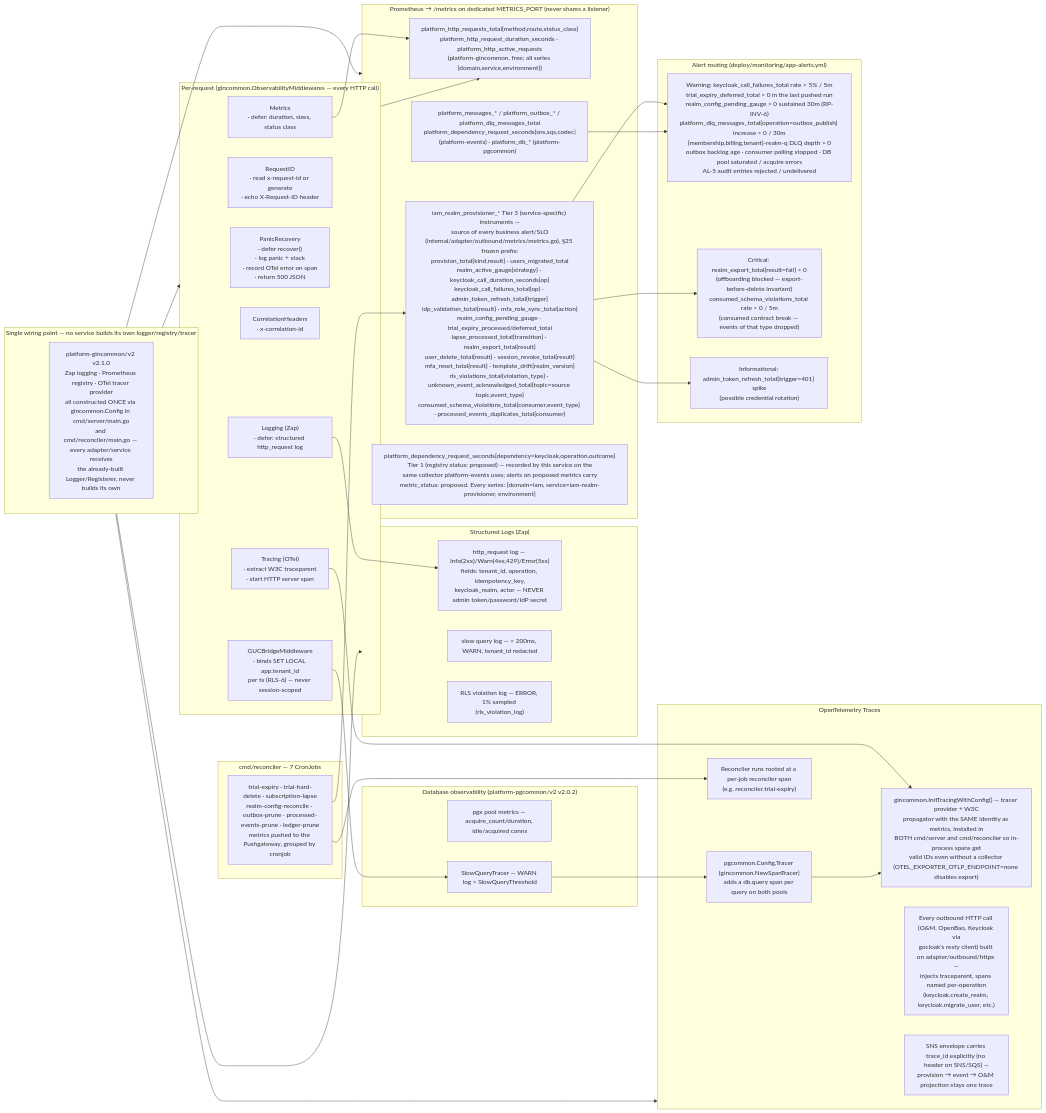
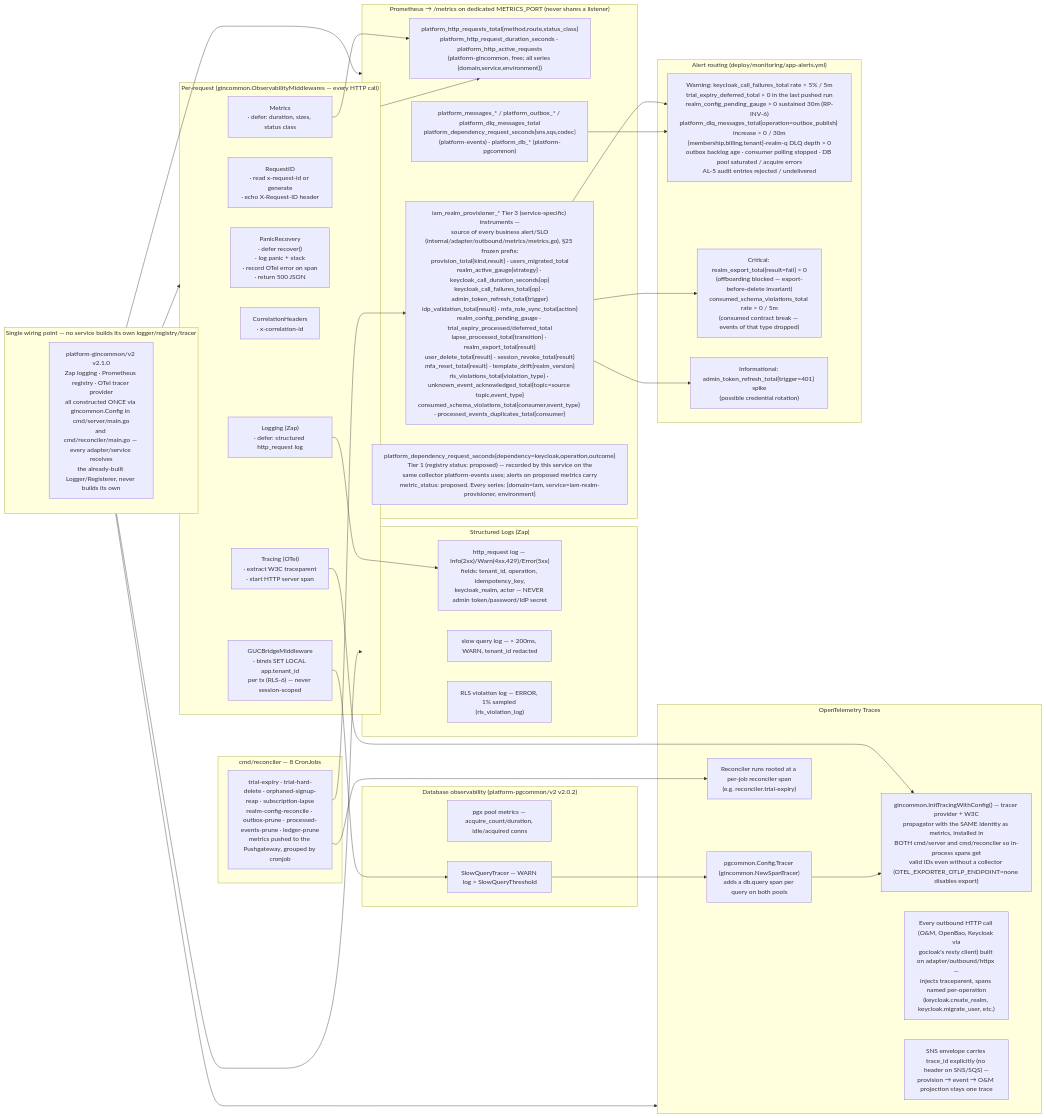
The diagram in docs/architecture/mermaid/observability-stack.mmd (BCBP-SOLUTIONS-FZC-LLC/iam-realm-provisioner), drawn with Mermaid before and after one commit. The commit also changed 35 other files, not shown here.

First line of the commit message:
feat(reconciler): reap orphaned signups (A-3) (#29)

```diff
--- a/docs/architecture/mermaid/observability-stack.mmd
+++ b/docs/architecture/mermaid/observability-stack.mmd
@@ -1,71 +1,71 @@
 graph LR
     subgraph request["Per-request (gincommon.ObservabilityMiddlewares — every HTTP call)"]
         panic["PanicRecovery\n· defer recover()\n· log panic + stack\n· record OTel error on span\n· return 500 JSON"]
         reqid["RequestID\n· read x-request-id or generate\n· echo X-Request-ID header"]
         trace["Tracing (OTel)\n· extract W3C traceparent\n· start HTTP server span"]
         corr["CorrelationHeaders\n· x-correlation-id"]
         metricsmw["Metrics\n· defer: duration, sizes, status class"]
         logging["Logging (Zap)\n· defer: structured http_request log"]
         guc["GUCBridgeMiddleware\n· binds SET LOCAL app.tenant_id\nper tx (RLS-6) — never session-scoped"]
     end
 
     subgraph gincommon_only["Single wiring point — no service builds its own logger/registry/tracer"]
         gc1["platform-gincommon/v2 v2.1.0\nZap logging · Prometheus registry · OTel tracer provider\nall constructed ONCE via gincommon.Config in cmd/server/main.go\nand cmd/reconciler/main.go — every adapter/service receives\nthe already-built Logger/Registerer, never builds its own"]
     end
 
     subgraph prom["Prometheus  →  /metrics on dedicated METRICS_PORT (never shares a listener)"]
         p1["platform_http_requests_total{method,route,status_class}\nplatform_http_request_duration_seconds · platform_http_active_requests\n(platform-gincommon, free; all series {domain,service,environment})"]
         p2["platform_messages_* / platform_outbox_* / platform_dlq_messages_total\nplatform_dependency_request_seconds{sns,sqs,codec}\n(platform-events) · platform_db_* (platform-pgcommon)"]
         p3["iam_realm_provisioner_* Tier 3 (service-specific) instruments —\nsource of every business alert/SLO\n(internal/adapter/outbound/metrics/metrics.go), §25 frozen prefix:\nprovision_total{kind,result} · users_migrated_total\nrealm_active_gauge{strategy} · keycloak_call_duration_seconds{op}\nkeycloak_call_failures_total{op} · admin_token_refresh_total{trigger}\nidp_validation_total{result} · mfa_role_sync_total{action}\nrealm_config_pending_gauge · trial_expiry_processed/deferred_total\nlapse_processed_total{transition} · realm_export_total{result}\nuser_delete_total{result} · session_revoke_total{result}\nmfa_reset_total{result} · template_drift{realm_version}\nrls_violations_total{violation_type} · unknown_event_acknowledged_total{topic=source topic,event_type}\nconsumed_schema_violations_total{consumer,event_type} · processed_events_duplicates_total{consumer}"]
         p4["platform_dependency_request_seconds{dependency=keycloak,operation,outcome}
 Tier 1 (registry status: proposed) — recorded by this service on the
 same collector platform-events uses; alerts on proposed metrics carry
 metric_status: proposed. Every series: {domain=iam, service=iam-realm-provisioner, environment}"]
     end
 
     subgraph otel["OpenTelemetry Traces"]
         ot1["gincommon.InitTracingWithConfig() — tracer provider + W3C\npropagator with the SAME identity as metrics, installed in\nBOTH cmd/server and cmd/reconciler so in-process spans get\nvalid IDs even without a collector (OTEL_EXPORTER_OTLP_ENDPOINT=none disables export)"]
         ot2["pgcommon.Config.Tracer (gincommon.NewSpanTracer)\nadds a db.query span per query on both pools"]
         ot3["Every outbound HTTP call (O&M, OpenBao, Keycloak via\ngocloak's resty client) built on adapter/outbound/httpx —\ninjects traceparent, spans named per-operation\n(keycloak.create_realm, keycloak.migrate_user, etc.)"]
         ot4["SNS envelope carries trace_id explicitly (no header on SNS/SQS) —\nprovision → event → O&M projection stays one trace"]
         ot5["Reconciler runs rooted at a per-job reconciler span\n(e.g. reconciler.trial-expiry)"]
     end
 
     subgraph logs["Structured Logs (Zap)"]
         l1["http_request log — Info(2xx)/Warn(4xx,429)/Error(5xx)\nfields: tenant_id, operation, idempotency_key,\nkeycloak_realm, actor — NEVER admin token/password/IdP secret"]
         l2["slow query log — > 200ms, WARN, tenant_id redacted"]
         l3["RLS violation log — ERROR, 1% sampled (rls_violation_log)"]
     end
 
     subgraph db_obs["Database observability (platform-pgcommon/v2 v2.0.2)"]
         db1["pgx pool metrics — acquire_count/duration, idle/acquired conns"]
         db2["SlowQueryTracer — WARN log > SlowQueryThreshold"]
     end
 
-    subgraph cron["cmd/reconciler — 7 CronJobs"]
-        c1["trial-expiry · trial-hard-delete · subscription-lapse\nrealm-config-reconcile · outbox-prune · processed-events-prune · ledger-prune\nmetrics pushed to the Pushgateway, grouped by cronjob"]
+    subgraph cron["cmd/reconciler — 8 CronJobs"]
+        c1["trial-expiry · trial-hard-delete · orphaned-signup-reap · subscription-lapse\nrealm-config-reconcile · outbox-prune · processed-events-prune · ledger-prune\nmetrics pushed to the Pushgateway, grouped by cronjob"]
     end
 
     subgraph alerts["Alert routing (deploy/monitoring/app-alerts.yml)"]
         a1["Warning: keycloak_call_failures_total rate > 5% / 5m\ntrial_expiry_deferred_total > 0 in the last pushed run\nrealm_config_pending_gauge > 0 sustained 30m (RP-INV-6)\nplatform_dlq_messages_total{operation=outbox_publish} increase > 0 / 30m\n{membership,billing,tenant}-realm-q DLQ depth > 0\noutbox backlog age · consumer polling stopped · DB pool saturated / acquire errors\nAL-5 audit entries rejected / undelivered"]
         a2["Critical: realm_export_total{result=fail} > 0\n(offboarding blocked — export-before-delete invariant)\nconsumed_schema_violations_total rate > 0 / 5m\n(consumed contract break — events of that type dropped)"]
         a3["Informational: admin_token_refresh_total{trigger=401} spike\n(possible credential rotation)"]
     end
 
     gincommon_only --> request
     gincommon_only --> prom
     gincommon_only --> logs
     gincommon_only --> otel
     request --> p1
     metricsmw --> p1
     trace --> ot1
     logging --> l1
     guc --> db2
     db2 --> ot2
     ot2 --> ot1
     c1 --> p3
     c1 --> ot5
     p3 --> a1
     p3 --> a2
     p3 --> a3
     p2 --> a1
```
